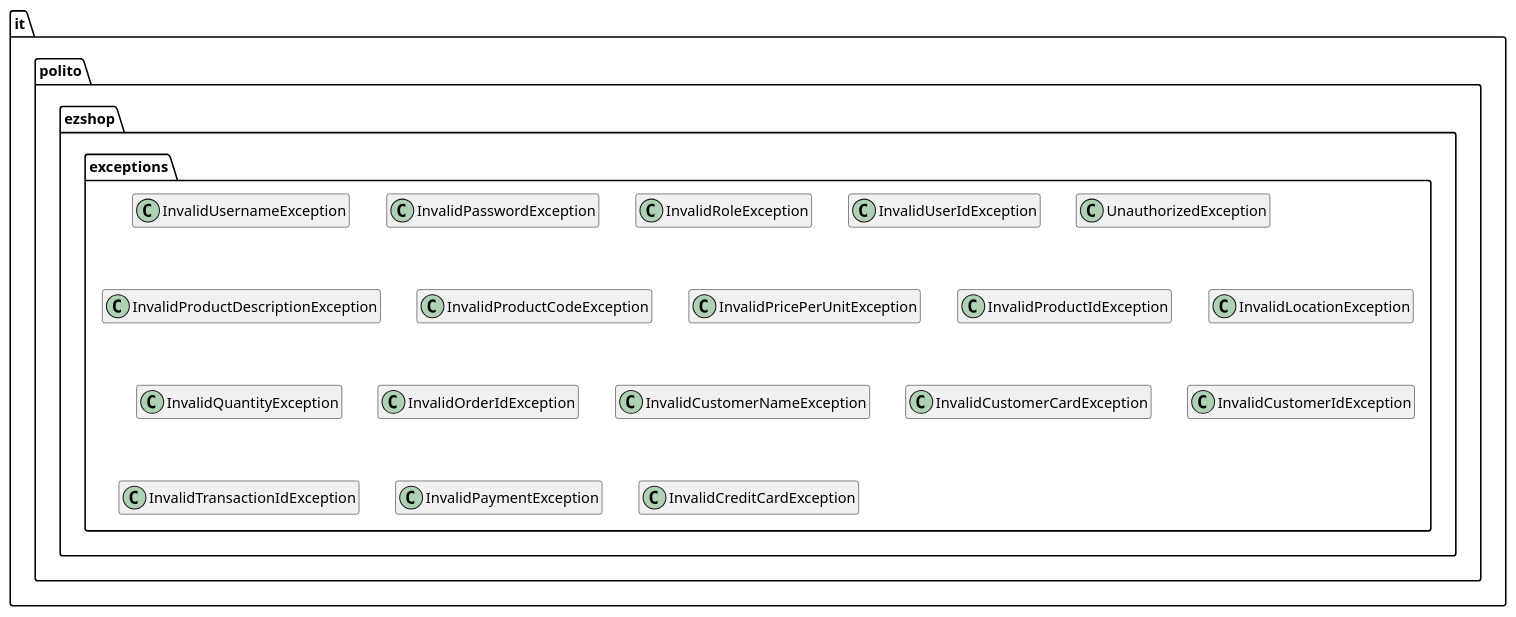
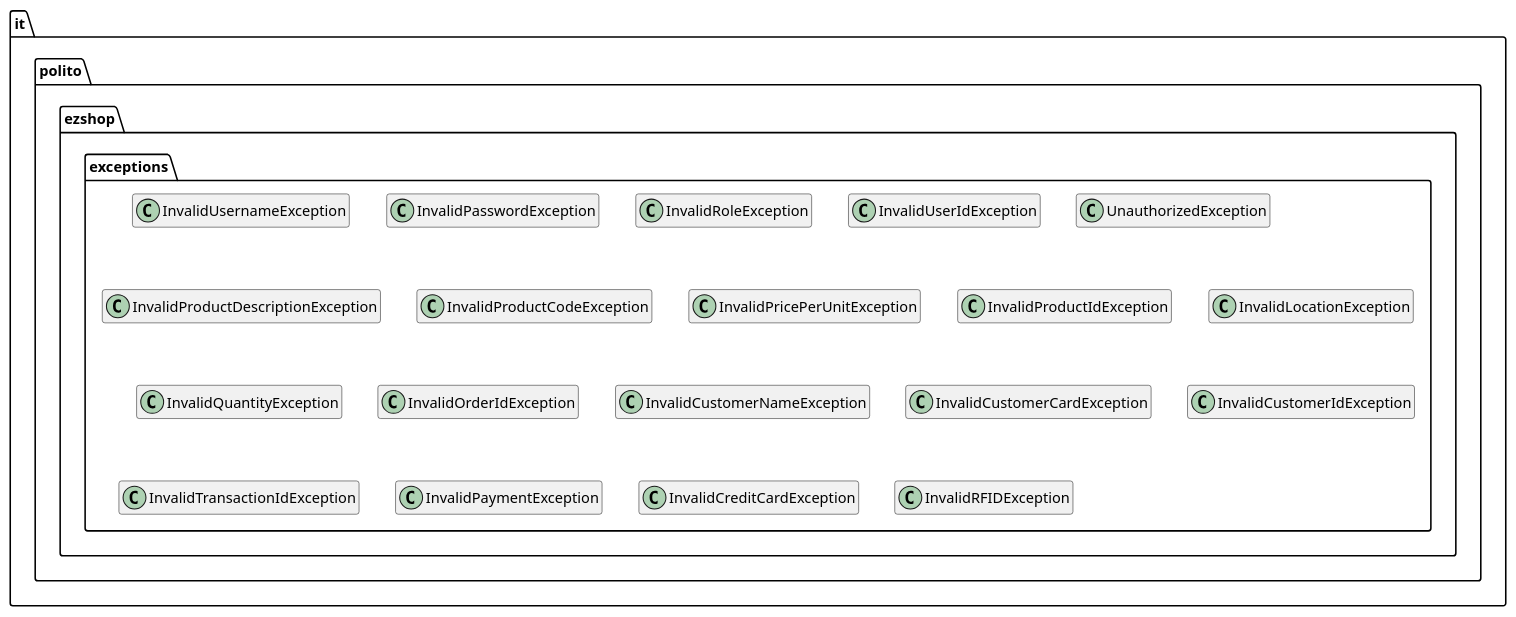
One commit to paocela/EzShop changed the fourth of 29 diagrams in Deliverables/DesignDocument.md. Above: the diagram before and after it, drawn with PlantUML. The commit also changed other lines of this file and 6 other files, not shown here.

````diff
--- a/Deliverables/DesignDocument.md
+++ b/Deliverables/DesignDocument.md
@@ -308,25 +309,26 @@
 ```plantuml
 
 package it.polito.ezshop.exceptions {
 class InvalidUsernameException {}
 class InvalidPasswordException {}
 class InvalidRoleException {}
 class InvalidUserIdException {}
 class UnauthorizedException {}
 class InvalidPasswordException {}
 class InvalidProductDescriptionException {}
 class InvalidProductCodeException {}
 class InvalidPricePerUnitException {} 
 class InvalidProductIdException {} 
 class InvalidLocationException {} 
 class InvalidQuantityException {} 
 class InvalidOrderIdException {} 
 class InvalidCustomerNameException {} 
 class InvalidCustomerCardException {}
 class InvalidCustomerIdException {}
 class InvalidTransactionIdException {}
 class InvalidPaymentException{}
 class InvalidCreditCardException{}
+class InvalidRFIDException{}
 hide members
 }
 ```
````
